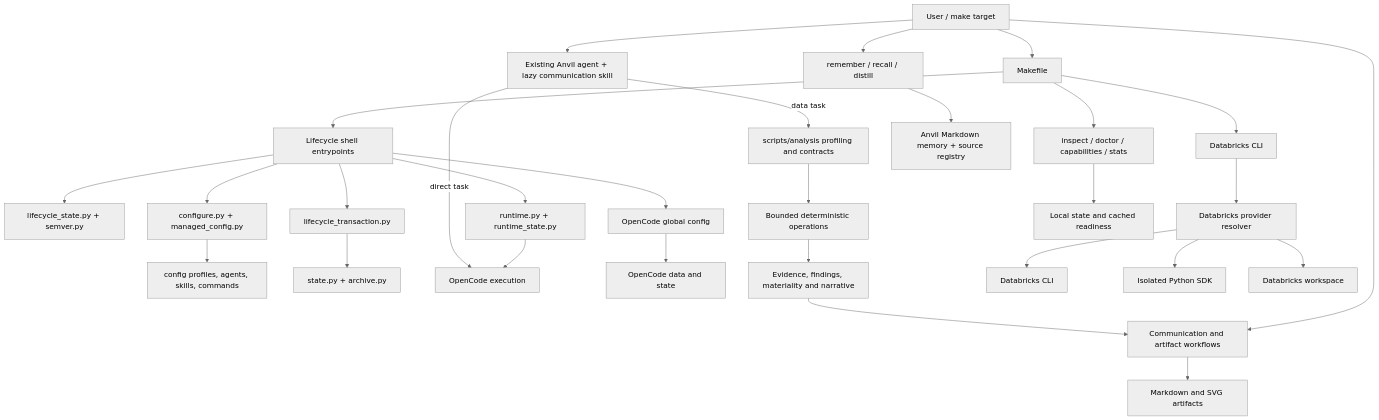
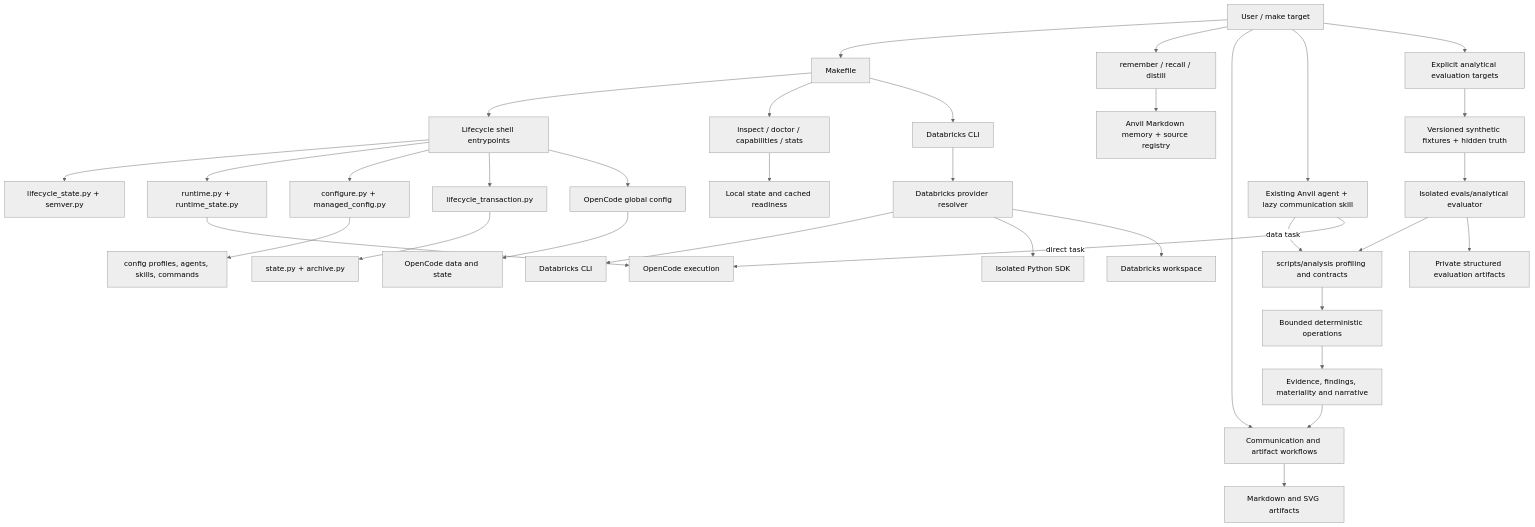
Before and after one commit to henrrs/anvil: the diagram in docs/system-map.md, drawn with Mermaid (neutral theme). The commit also changed other lines of this file and 65 other files, not shown here.

````diff
--- a/docs/system-map.md
+++ b/docs/system-map.md
@@ -7,31 +7,36 @@
 ```mermaid
 flowchart TD
     User[User / make target] --> Make[Makefile]
     Make --> Life[Lifecycle shell entrypoints]
     Make --> Inspect[inspect / doctor / capabilities / stats]
     Make --> DB[Databricks CLI]
     Life --> State[lifecycle_state.py + semver.py]
     Life --> Runtime[runtime.py + runtime_state.py]
     Life --> Plan[configure.py + managed_config.py]
     Plan --> Templates[config profiles, agents, skills, commands]
     Life --> Tx[lifecycle_transaction.py]
     Tx --> Backup[state.py + archive.py]
     Life --> Installed[OpenCode global config]
     Runtime --> OpenCode[OpenCode executable]
     Installed --> OCData[OpenCode data and state]
     User --> Memory[remember / recall / distill]
     Memory --> Store[Anvil Markdown memory + source registry]
     User --> Comms[Communication and artifact workflows]
     Comms --> Artifacts[Markdown and SVG artifacts]
     User --> Intent[Existing Anvil agent + lazy communication skill]
     Intent -->|data task| Profile[scripts/analysis profiling and contracts]
     Intent -->|direct task| OpenCode[OpenCode execution]
     Profile --> Operations[Bounded deterministic operations]
     Operations --> Findings[Evidence, findings, materiality and narrative]
     Findings --> Comms
     DB --> Resolver[Databricks provider resolver]
     Resolver --> CLI[Databricks CLI]
     Resolver --> SDK[Isolated Python SDK]
     Resolver --> Workspace[Databricks workspace]
     Inspect --> Evidence[Local state and cached readiness]
+    User --> Evaluation[Explicit analytical evaluation targets]
+    Evaluation --> Fixtures[Versioned synthetic fixtures + hidden truth]
+    Fixtures --> Evaluator[Isolated evals/analytical evaluator]
+    Evaluator --> Profile
+    Evaluator --> Results[Private structured evaluation artifacts]
 ```
````
